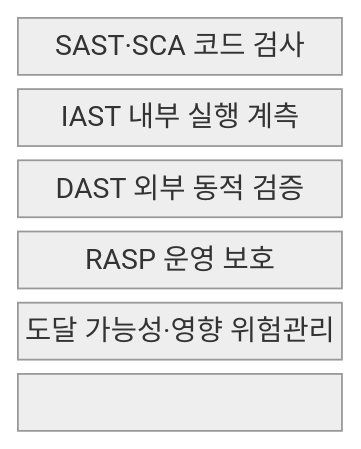
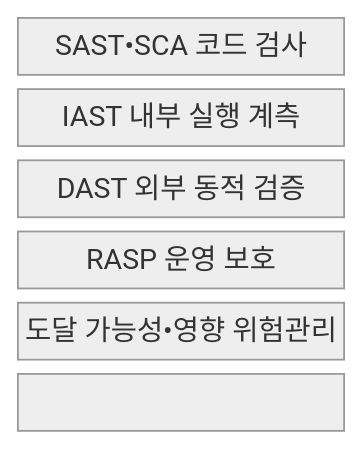
One commit to agnusdei1207/knowledge-base changed the first of 2 diagrams in src/content/docs/notes/05-security/145_sast_dast_iast_rasp.md. Above: the diagram before and after it, drawn with Mermaid (neutral theme). The commit also changed other lines of this file and 953 other files, not shown here.

````diff
--- a/src/content/docs/notes/05-security/145_sast_dast_iast_rasp.md
+++ b/src/content/docs/notes/05-security/145_sast_dast_iast_rasp.md
@@ -65,11 +65,11 @@
 ```mermaid
 block-beta
   columns 1
-  S["SAST·SCA 코드 검사"]
+  S["SAST•SCA 코드 검사"]
   I["IAST 내부 실행 계측"]
   D["DAST 외부 동적 검증"]
   R["RASP 운영 보호"]
-  M["도달 가능성·영향 위험관리"]
+  M["도달 가능성•영향 위험관리"]
   S --- I --- D
   D --- R --- M
 ```
````
